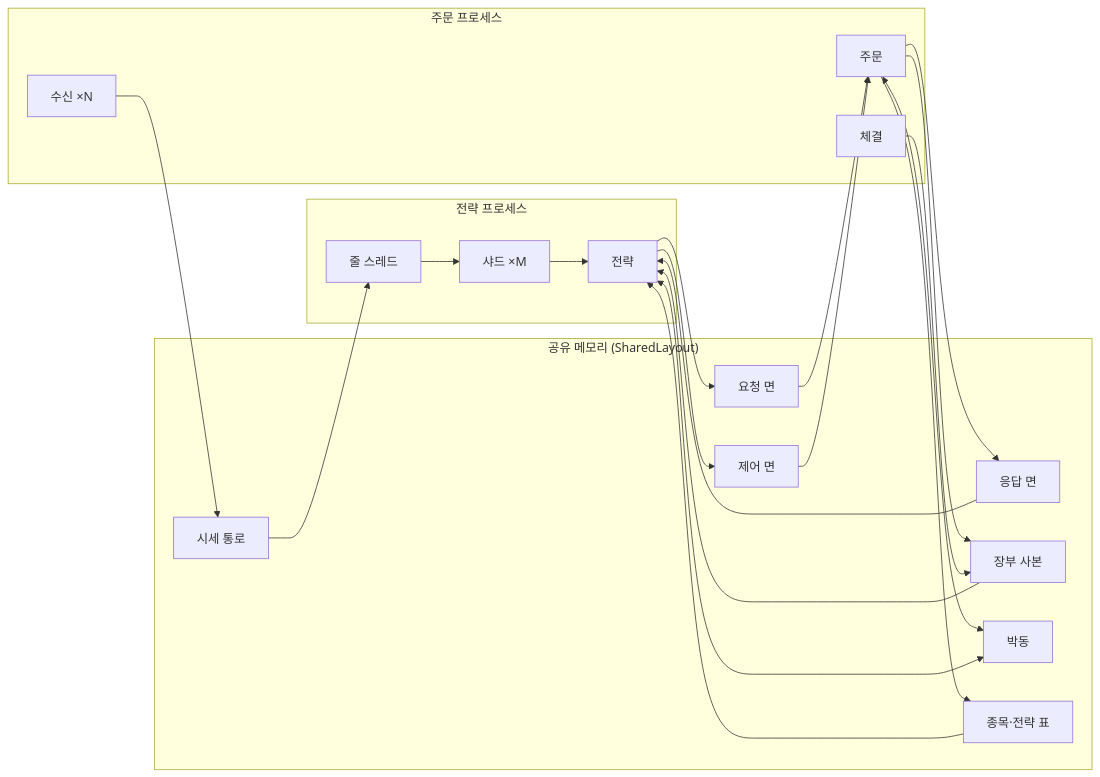
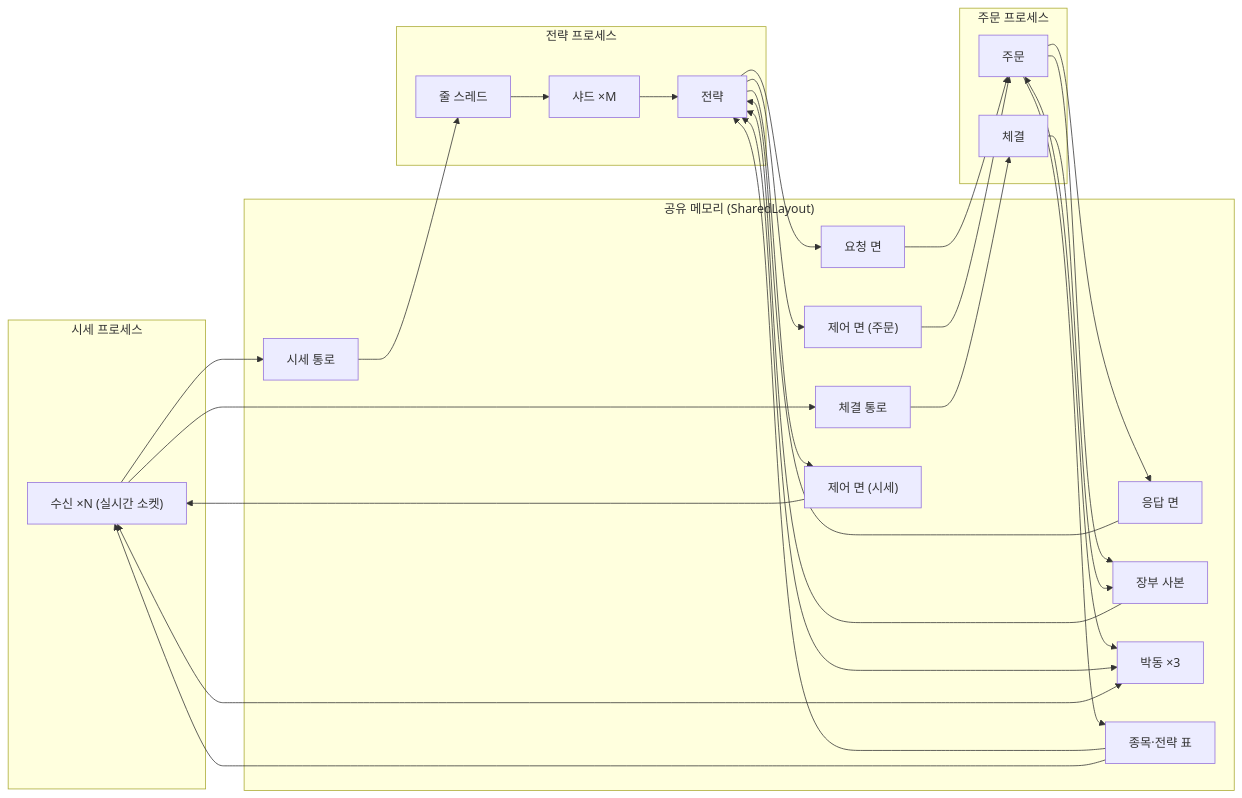
One commit to pypy8171/Quant changed the second of 2 diagrams in docs/ENGINE_ARCHITECTURE.md. Above: the diagram before and after it, drawn with Mermaid. The commit also changed other lines of this file and 45 other files, not shown here.

````diff
--- a/docs/ENGINE_ARCHITECTURE.md
+++ b/docs/ENGINE_ARCHITECTURE.md
@@ -92,32 +94,40 @@
 ```mermaid
 flowchart LR
+    subgraph FD["시세 프로세스"]
+        R["수신 ×N (실시간 소켓)"]
+    end
     subgraph ORD["주문 프로세스"]
-        R["수신 ×N"]
         O["주문"]
         F["체결"]
     end
     subgraph SHM["공유 메모리 (SharedLayout)"]
         FEED["시세 통로"]
+        FILL["체결 통로"]
         REQ["요청 면"]
         RESP["응답 면"]
-        CF["제어 면"]
+        CF["제어 면 (주문)"]
+        CFF["제어 면 (시세)"]
         SNAP["장부 사본"]
-        HB["박동"]
+        HB["박동 ×3"]
         DICT["종목·전략 표"]
     end
     subgraph STR["전략 프로세스"]
         L["줄 스레드"]
         S["샤드 ×M"]
         D["전략"]
     end
     R --> FEED --> L --> S --> D
+    R --> FILL --> F
     D --> REQ --> O
     O --> RESP --> D
     D --> CF --> O
+    D --> CFF --> R
     O --> SNAP
     F --> SNAP
     SNAP --> D
     O <--> HB
     D <--> HB
+    R <--> HB
     O --> DICT --> D
+    DICT --> R
 ```
````
